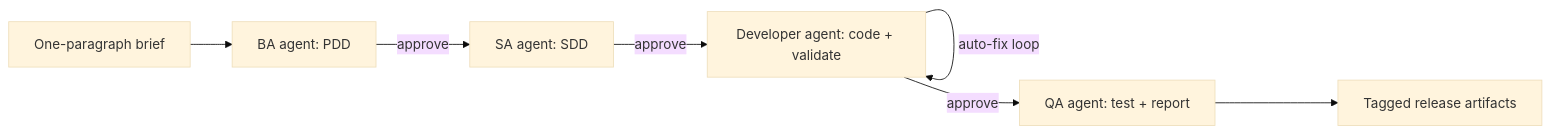
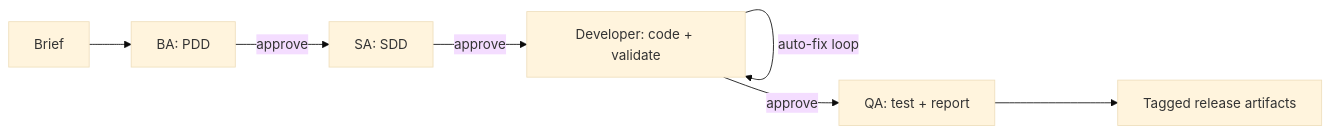
The third of 4 diagrams in docs/ARCHITECTURE.md (DanielaRosenn/uiplan-agent-of-agents), drawn with Mermaid (base theme) before and after one commit. The commit also changed other lines of this file and 77 other files, not shown here.

````diff
--- a/docs/ARCHITECTURE.md
+++ b/docs/ARCHITECTURE.md
@@ -25,9 +61,9 @@
 ```mermaid
 flowchart LR
-    Brief[One-paragraph brief] --> BA[BA agent: PDD]
-    BA -->|approve| SA[SA agent: SDD]
-    SA -->|approve| Dev[Developer agent: code + validate]
-    Dev -->|auto-fix loop| Dev
-    Dev -->|approve| QA[QA agent: test + report]
-    QA --> Done[Tagged release artifacts]
+    Brief2[Brief] --> BA2[BA: PDD]
+    BA2 -->|approve| SA2[SA: SDD]
+    SA2 -->|approve| Dev2[Developer: code + validate]
+    Dev2 -->|auto-fix loop| Dev2
+    Dev2 -->|approve| QA2[QA: test + report]
+    QA2 --> Done2[Tagged release artifacts]
 ```
````
